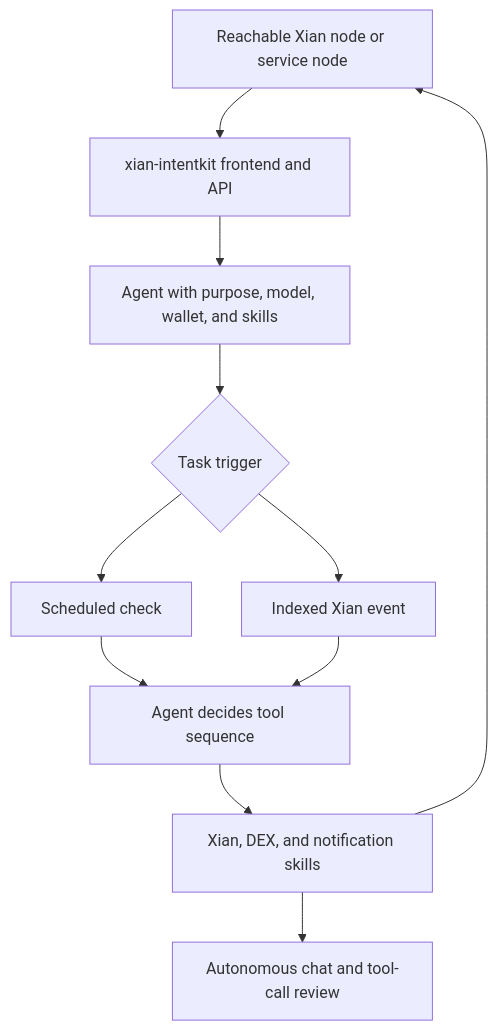
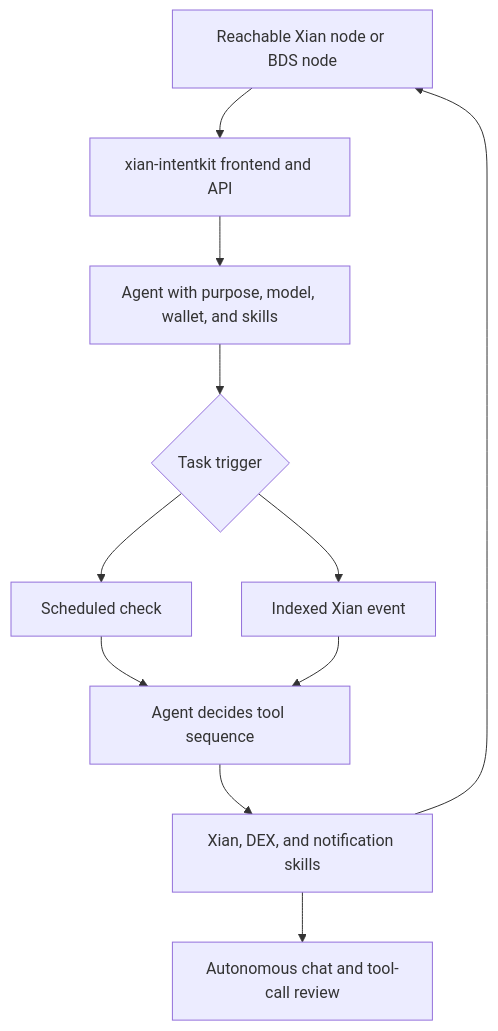
One commit to xian-technology/xian-docs-web changed the diagram in tools/xian-intentkit.md. Above: the diagram before and after it, drawn with Mermaid. The commit also changed other lines of this file and 21 other files, not shown here.

````diff
--- a/tools/xian-intentkit.md
+++ b/tools/xian-intentkit.md
@@ -69,23 +69,23 @@
 ```mermaid
 flowchart TD
-  Node["Reachable Xian node or service node"]
+  Node["Reachable Xian node or BDS node"]
   IntentKit["xian-intentkit frontend and API"]
   Agent["Agent with purpose, model, wallet, and skills"]
   Task{"Task trigger"}
   Scheduled["Scheduled check"]
   Event["Indexed Xian event"]
   Plan["Agent decides tool sequence"]
   Tools["Xian, DEX, and notification skills"]
   Review["Autonomous chat and tool-call review"]
 
   Node --> IntentKit
   IntentKit --> Agent
   Agent --> Task
   Task --> Scheduled
   Task --> Event
   Scheduled --> Plan
   Event --> Plan
   Plan --> Tools
   Tools --> Node
   Tools --> Review
 ```
````
